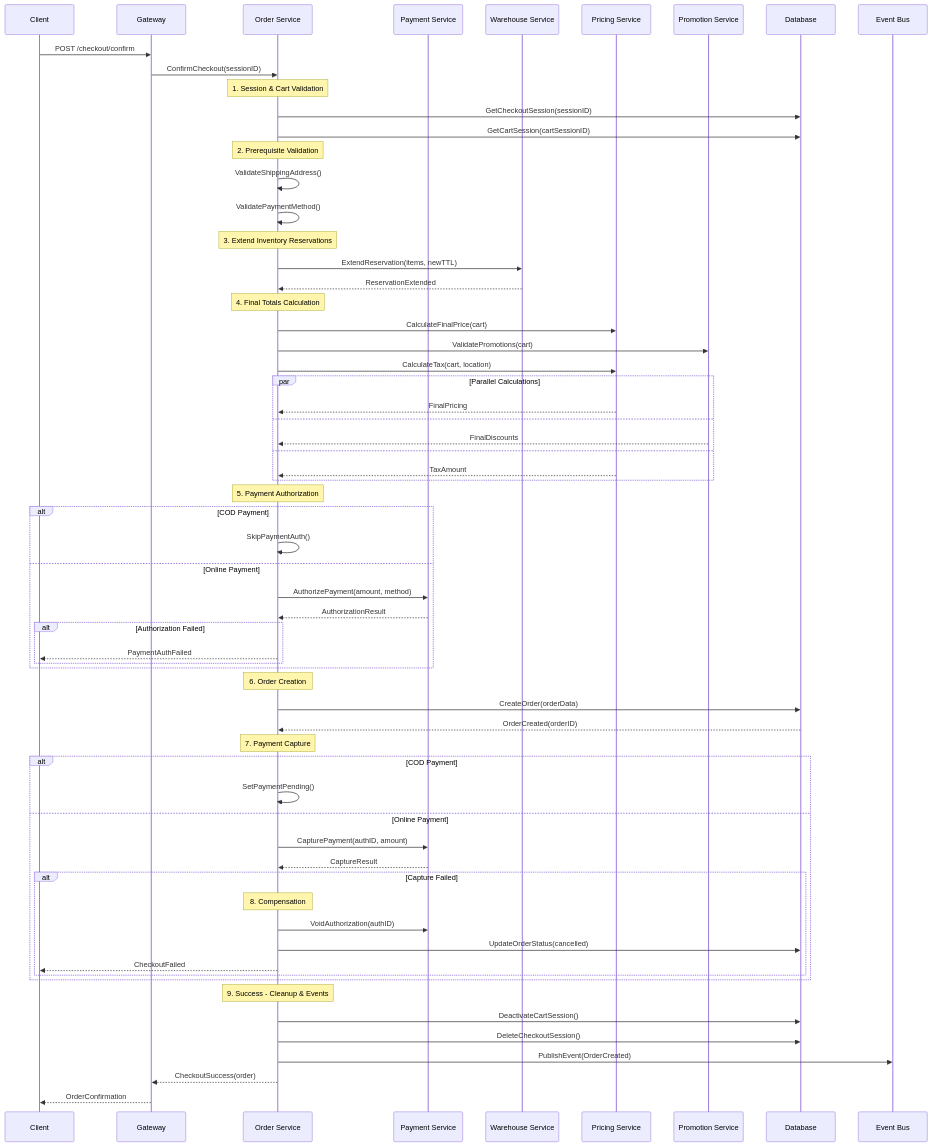
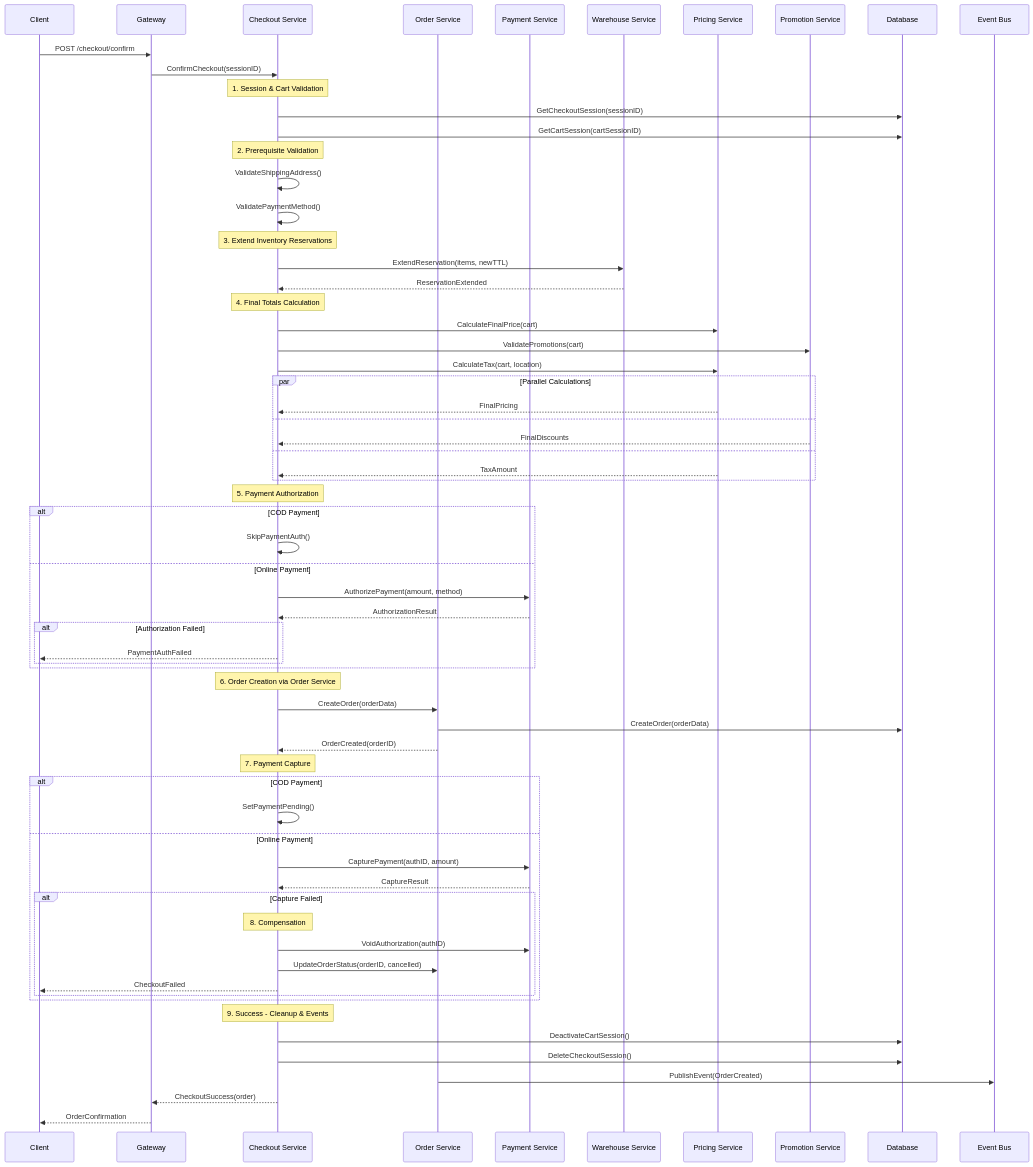
Before and after one commit to vesviet/Composable-Commerce-Service-Architecture: the first of 4 diagrams in 02-business-domains/commerce/cart-checkout.md, drawn with Mermaid. The commit also changed other lines of this file and 2 other files, not shown here.

Commit message:
docs: add user service code review checklist and update documentation
- Added user_service_code_review.md checklist
- Updated user-service.md with latest version and review status

````diff
--- a/02-business-domains/commerce/cart-checkout.md
+++ b/02-business-domains/commerce/cart-checkout.md
@@ -104,79 +105,81 @@
 ```mermaid
 sequenceDiagram
     participant C as Client
     participant G as Gateway
-    participant O as Order Service
+    participant CS as Checkout Service
+    participant OS as Order Service
     participant P as Payment Service
     participant W as Warehouse Service
     participant PR as Pricing Service
     participant PM as Promotion Service
     participant DB as Database
     participant E as Event Bus
 
     C->>G: POST /checkout/confirm
-    G->>O: ConfirmCheckout(sessionID)
+    G->>CS: ConfirmCheckout(sessionID)
     
-    Note over O: 1. Session & Cart Validation
-    O->>DB: GetCheckoutSession(sessionID)
-    O->>DB: GetCartSession(cartSessionID)
+    Note over CS: 1. Session & Cart Validation
+    CS->>DB: GetCheckoutSession(sessionID)
+    CS->>DB: GetCartSession(cartSessionID)
     
-    Note over O: 2. Prerequisite Validation
-    O->>O: ValidateShippingAddress()
-    O->>O: ValidatePaymentMethod()
+    Note over CS: 2. Prerequisite Validation
+    CS->>CS: ValidateShippingAddress()
+    CS->>CS: ValidatePaymentMethod()
     
-    Note over O: 3. Extend Inventory Reservations
-    O->>W: ExtendReservation(items, newTTL)
-    W-->>O: ReservationExtended
+    Note over CS: 3. Extend Inventory Reservations
+    CS->>W: ExtendReservation(items, newTTL)
+    W-->>CS: ReservationExtended
     
-    Note over O: 4. Final Totals Calculation
-    O->>PR: CalculateFinalPrice(cart)
-    O->>PM: ValidatePromotions(cart)
-    O->>PR: CalculateTax(cart, location)
+    Note over CS: 4. Final Totals Calculation
+    CS->>PR: CalculateFinalPrice(cart)
+    CS->>PM: ValidatePromotions(cart)
+    CS->>PR: CalculateTax(cart, location)
     
     par Parallel Calculations
-        PR-->>O: FinalPricing
+        PR-->>CS: FinalPricing
     and
-        PM-->>O: FinalDiscounts
+        PM-->>CS: FinalDiscounts
     and
-        PR-->>O: TaxAmount
+        PR-->>CS: TaxAmount
     end
     
-    Note over O: 5. Payment Authorization
+    Note over CS: 5. Payment Authorization
     alt COD Payment
-        O->>O: SkipPaymentAuth()
+        CS->>CS: SkipPaymentAuth()
     else Online Payment
-        O->>P: AuthorizePayment(amount, method)
-        P-->>O: AuthorizationResult
+        CS->>P: AuthorizePayment(amount, method)
+        P-->>CS: AuthorizationResult
         
         alt Authorization Failed
-            O-->>C: PaymentAuthFailed
+            CS-->>C: PaymentAuthFailed
         end
     end
     
-    Note over O: 6. Order Creation
-    O->>DB: CreateOrder(orderData)
-    DB-->>O: OrderCreated(orderID)
+    Note over CS: 6. Order Creation via Order Service
+    CS->>OS: CreateOrder(orderData)
+    OS->>DB: CreateOrder(orderData)
+    OS-->>CS: OrderCreated(orderID)
     
-    Note over O: 7. Payment Capture
+    Note over CS: 7. Payment Capture
     alt COD Payment
-        O->>O: SetPaymentPending()
+        CS->>CS: SetPaymentPending()
     else Online Payment
-        O->>P: CapturePayment(authID, amount)
-        P-->>O: CaptureResult
+        CS->>P: CapturePayment(authID, amount)
+        P-->>CS: CaptureResult
         
         alt Capture Failed
-            Note over O: 8. Compensation
-            O->>P: VoidAuthorization(authID)
-            O->>DB: UpdateOrderStatus(cancelled)
-            O-->>C: CheckoutFailed
+            Note over CS: 8. Compensation
+            CS->>P: VoidAuthorization(authID)
+            CS->>OS: UpdateOrderStatus(orderID, cancelled)
+            CS-->>C: CheckoutFailed
         end
     end
     
-    Note over O: 9. Success - Cleanup & Events
-    O->>DB: DeactivateCartSession()
-    O->>DB: DeleteCheckoutSession()
-    O->>E: PublishEvent(OrderCreated)
+    Note over CS: 9. Success - Cleanup & Events
+    CS->>DB: DeactivateCartSession()
+    CS->>DB: DeleteCheckoutSession()
+    OS->>E: PublishEvent(OrderCreated)
     
-    O-->>G: CheckoutSuccess(order)
+    CS-->>G: CheckoutSuccess(order)
     G-->>C: OrderConfirmation
 ```
````
